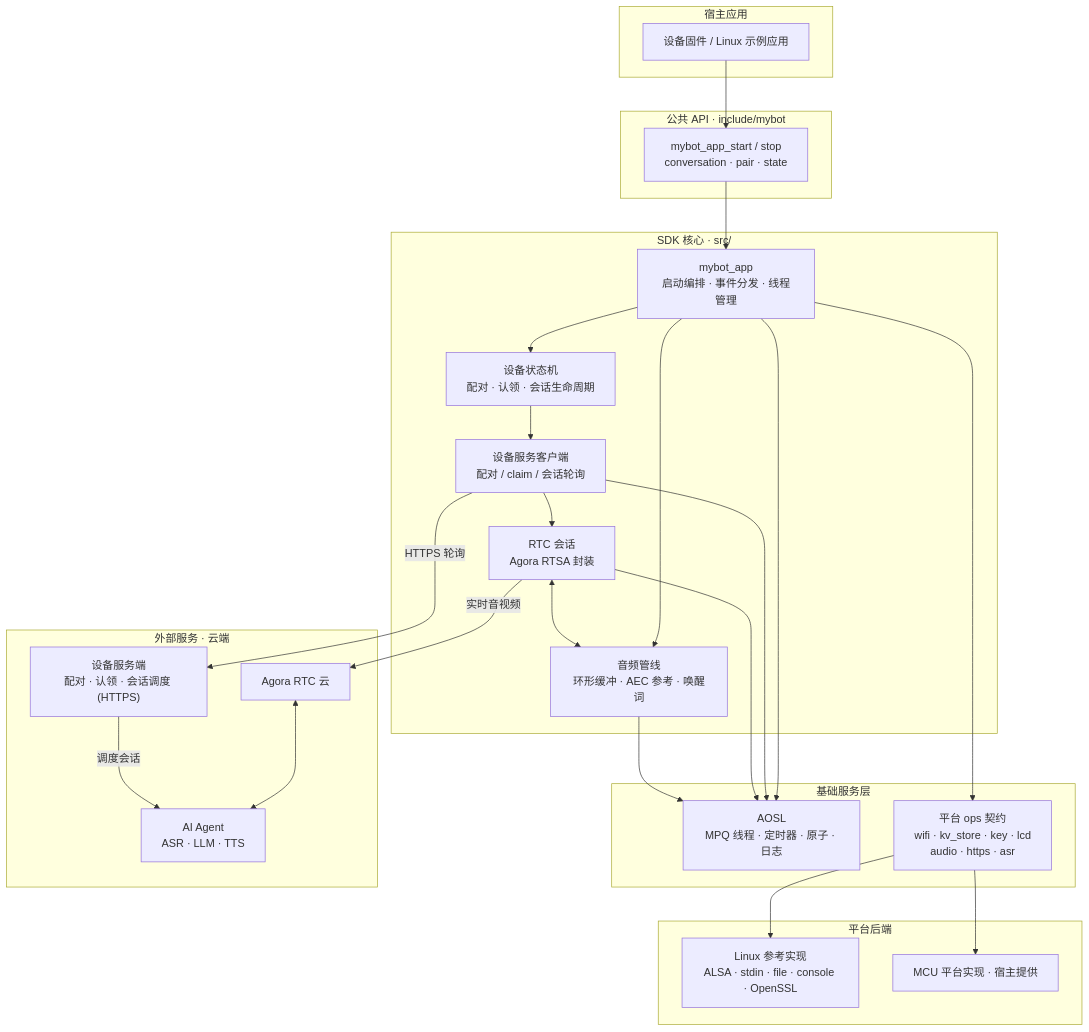
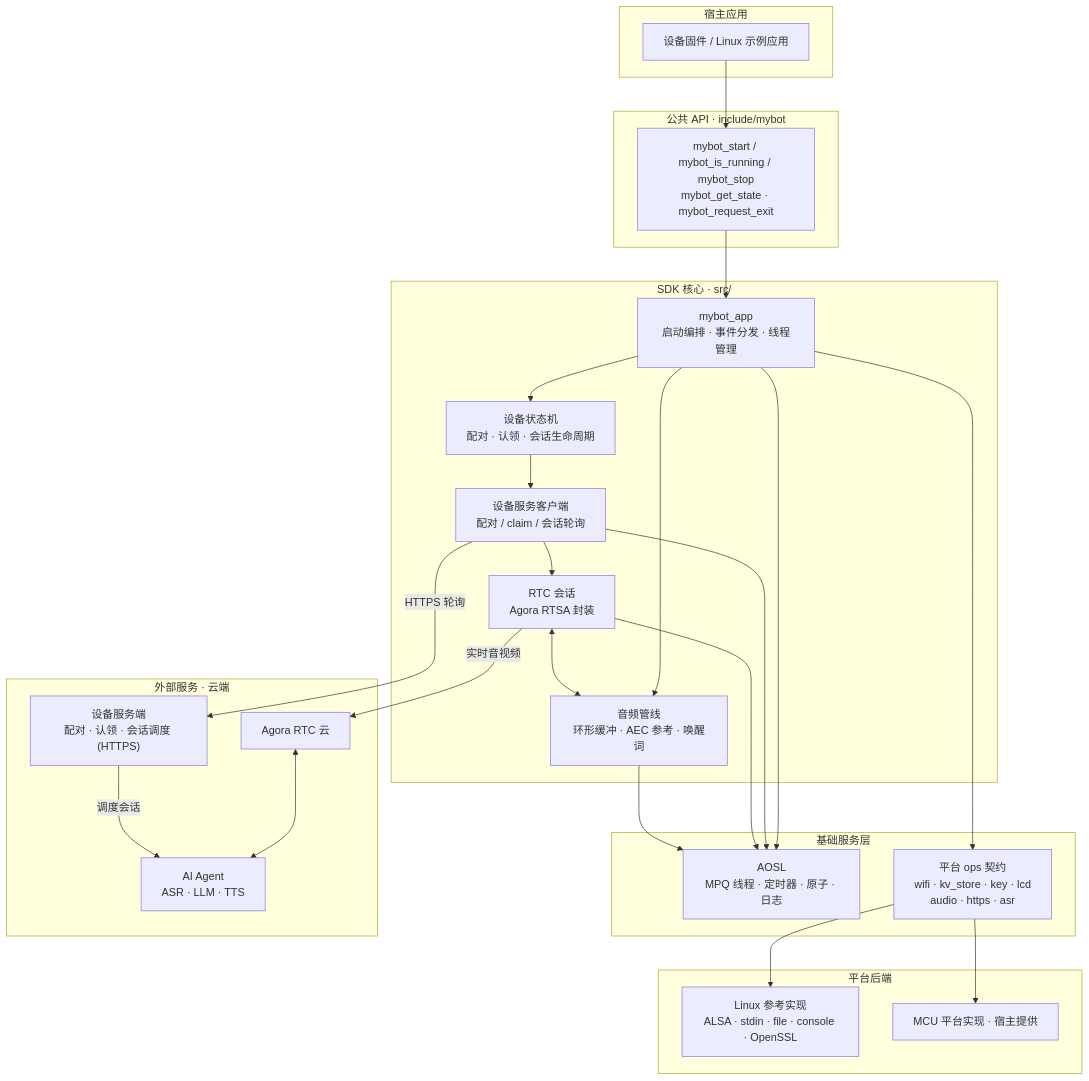
One commit to junlon2006/mybot changed the second of 4 diagrams in README.zh-CN.md. Above: the diagram before and after it, drawn with Mermaid. The commit also changed other lines of this file and 17 other files, not shown here.

First line of the commit message:
refactor(api)!: move conversation control into internal headers

````diff
--- a/README.zh-CN.md
+++ b/README.zh-CN.md
@@ -208,53 +208,53 @@
 ```mermaid
 flowchart TB
     subgraph host["宿主应用"]
         host_app["设备固件 / Linux 示例应用"]
     end
 
     subgraph api["公共 API · include/mybot"]
-        api_h["mybot_app_start / stop<br/>conversation · pair · state"]
+        api_h["mybot_start / mybot_is_running / mybot_stop<br/>mybot_get_state · mybot_request_exit"]
     end
 
     subgraph core["SDK 核心 · src/"]
         app_c["mybot_app<br/>启动编排 · 事件分发 · 线程管理"]
         state_m["设备状态机<br/>配对 · 认领 · 会话生命周期"]
         svc_c["设备服务客户端<br/>配对 / claim / 会话轮询"]
         rtc_c["RTC 会话<br/>Agora RTSA 封装"]
         media_c["音频管线<br/>环形缓冲 · AEC 参考 · 唤醒词"]
     end
 
     subgraph infra["基础服务层"]
         aosl["AOSL<br/>MPQ 线程 · 定时器 · 原子 · 日志"]
         ops["平台 ops 契约<br/>wifi · kv_store · key · lcd<br/>audio · https · asr"]
     end
 
     subgraph plat["平台后端"]
         linux_b["Linux 参考实现<br/>ALSA · stdin · file · console · OpenSSL"]
         mcu_b["MCU 平台实现 · 宿主提供"]
     end
 
     subgraph ext["外部服务 · 云端"]
         svc_e["设备服务端<br/>配对 · 认领 · 会话调度 (HTTPS)"]
         agora_e["Agora RTC 云"]
         agent_e["AI Agent<br/>ASR · LLM · TTS"]
     end
 
     host_app --> api_h
     api_h --> app_c
     app_c --> state_m
     app_c --> media_c
     state_m --> svc_c
     svc_c --> rtc_c
     rtc_c <--> media_c
     app_c --> aosl
     app_c --> ops
     svc_c --> aosl
     rtc_c --> aosl
     media_c --> aosl
     ops --> linux_b
     ops --> mcu_b
     svc_c -->|HTTPS 轮询| svc_e
     rtc_c -->|实时音视频| agora_e
     agora_e <--> agent_e
     svc_e -->|调度会话| agent_e
 ```
````
